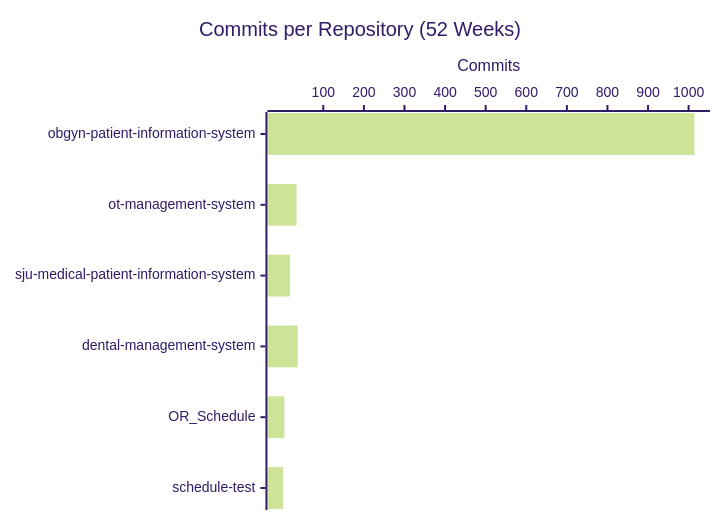
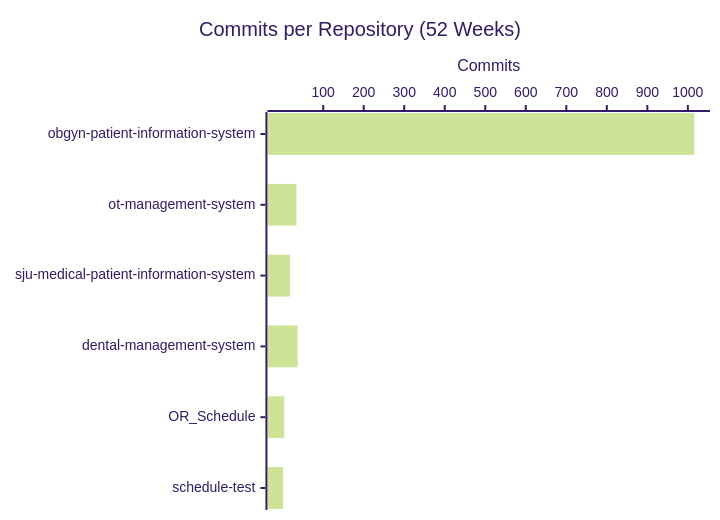
One commit to CSTH-Projects/.github changed the second of 4 diagrams in profile/README.md. Above: the diagram before and after it, drawn with Mermaid (forest theme). The commit also changed other lines of this file, not shown here.

````diff
--- a/profile/README.md
+++ b/profile/README.md
@@ -24,7 +24,7 @@
 ```mermaid
 xychart-beta horizontal
     title "Commits per Repository (52 Weeks)"
     x-axis ["obgyn-patient-information-system", "ot-management-system", "sju-medical-patient-information-system", "dental-management-system", "OR_Schedule", "schedule-test"]
     y-axis "Commits"
-    bar [1014, 34, 18, 37, 4, 1]
+    bar [1016, 34, 18, 37, 4, 1]
 ```
````
